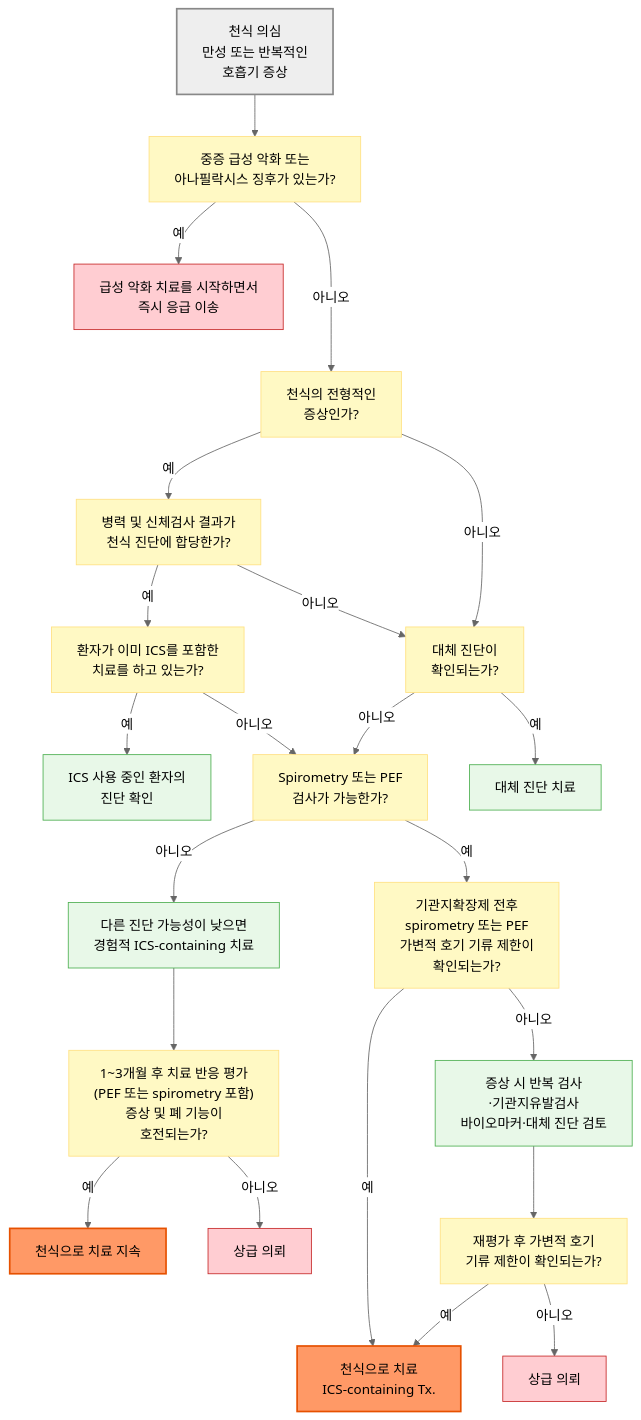
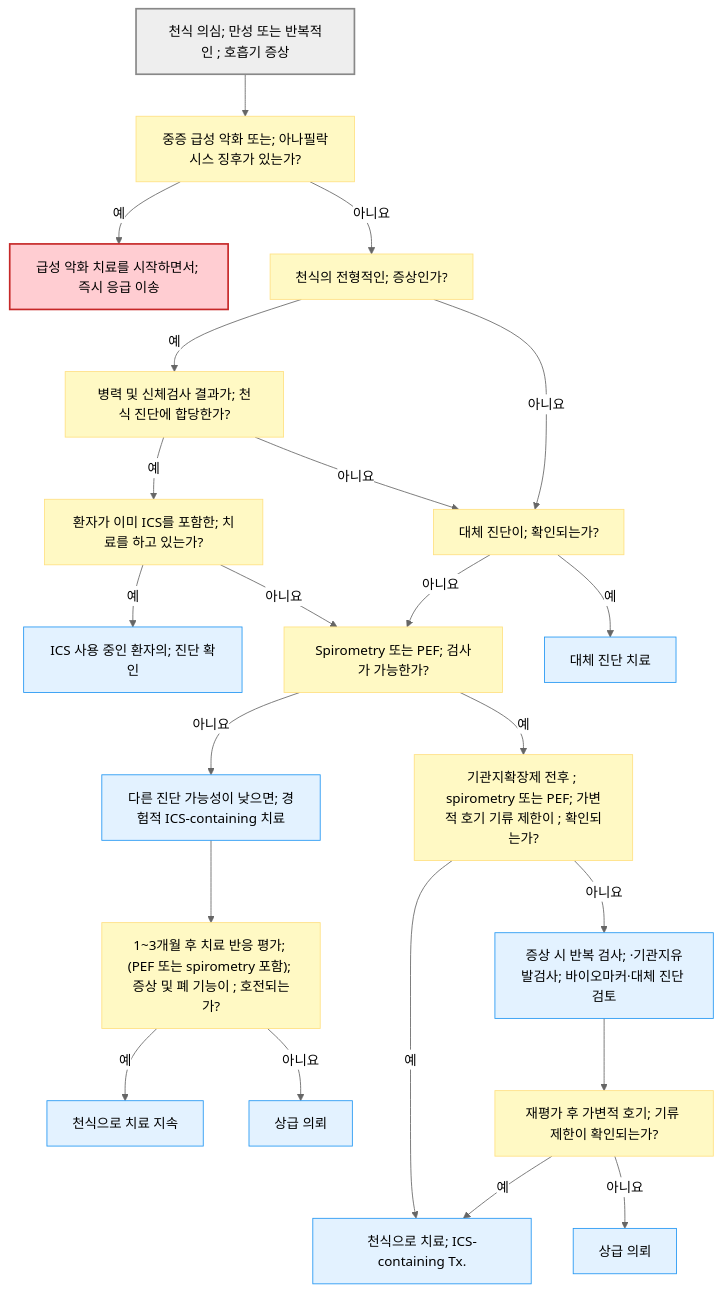
One commit to familyoh77/familyoh77 changed the first of 4 diagrams in 223_/071_-asthma.md. Above: the diagram before and after it, drawn with Mermaid (neutral theme). The commit also changed other lines of this file and 2 other files, not shown here.

````diff
--- a/223_/071_-asthma.md
+++ b/223_/071_-asthma.md
@@ -272,52 +272,51 @@
 ```mermaid
 flowchart TD
-    Start["천식 의심<br/>만성 또는 반복적인 <br/>호흡기 증상"]
-    Q1["천식의 전형적인<br/>증상인가?"]
-    Q2["병력 및 신체검사 결과가<br/>천식 진단에 합당한가?"]
-    Q3["환자가 이미 ICS를 포함한<br/>치료를 하고 있는가?"]
-    Q4["중증 급성 악화 또는<br/>아나필락시스 징후가 있는가?"]
-    Q5["Spirometry 또는 PEF<br/>검사가 가능한가?"]
-    Q6["기관지확장제 전후 <br/>spirometry 또는 PEF<br/>가변적 호기 기류 제한이 <br/>확인되는가?"]
-    Q7["대체 진단이<br/>확인되는가?"]
-    Q8["1~3개월 후 치료 반응 평가<br/>(PEF 또는 spirometry 포함)<br/>증상 및 폐 기능이 <br/>호전되는가?"]
-    Step1["ICS 사용 중인 환자의<br/>진단 확인"]
-    Empirical["다른 진단 가능성이 낮으면<br/>경험적 ICS-containing 치료"]
-    Urgent["급성 악화 치료를 시작하면서<br/>즉시 응급 이송"]
-    Repeat["증상 시 반복 검사<br/>·기관지유발검사<br/>바이오마커·대체 진단 검토"]
-    Q9["재평가 후 가변적 호기<br/>기류 제한이 확인되는가?"]
+    Start["`천식 의심; 만성 또는 반복적인 ; 호흡기 증상`"]
+    Q1["`천식의 전형적인; 증상인가?`"]
+    Q2["`병력 및 신체검사 결과가; 천식 진단에 합당한가?`"]
+    Q3["`환자가 이미 ICS를 포함한; 치료를 하고 있는가?`"]
+    Q4["`중증 급성 악화 또는; 아나필락시스 징후가 있는가?`"]
+    Q5["`Spirometry 또는 PEF; 검사가 가능한가?`"]
+    Q6["`기관지확장제 전후 ; spirometry 또는 PEF; 가변적 호기 기류 제한이 ; 확인되는가?`"]
+    Q7["`대체 진단이; 확인되는가?`"]
+    Q8["`1~3개월 후 치료 반응 평가; (PEF 또는 spirometry 포함); 증상 및 폐 기능이 ; 호전되는가?`"]
+    Step1["`ICS 사용 중인 환자의; 진단 확인`"]
+    Empirical["`다른 진단 가능성이 낮으면; 경험적 ICS-containing 치료`"]
+    Urgent["`급성 악화 치료를 시작하면서; 즉시 응급 이송`"]
+    Repeat["`증상 시 반복 검사; ·기관지유발검사; 바이오마커·대체 진단 검토`"]
+    Q9["`재평가 후 가변적 호기; 기류 제한이 확인되는가?`"]
     ResultAsthma2["천식으로 치료 지속"]
     ResultAlt["대체 진단 치료"]
     Refer["상급 의뢰"]
     Refer2["상급 의뢰"]
-    ResultAsthma3["천식으로 치료<br/>ICS-containing Tx."]
+    ResultAsthma3["`천식으로 치료; ICS-containing Tx.`"]
     Start --> Q4
     Q4 -- "예" --> Urgent
-    Q4 -- "아니오" ---> Q1
+    Q4 -- "아니요" --> Q1
     Q1 -- "예" --> Q2
-    Q1 -- "아니오" --> Q7
+    Q1 -- "아니요" --> Q7
     Q2 -- "예" --> Q3
-    Q2 -- "아니오" --> Q7
-    Q7 -- "아니오" --> Q5
+    Q2 -- "아니요" --> Q7
+    Q7 -- "아니요" --> Q5
     Q7 -- "예" --> ResultAlt
     Q3 -- "예" --> Step1
-    Q3 -- "아니오" --> Q5
-    Q5 -- "아니오" --> Empirical
+    Q3 -- "아니요" --> Q5
+    Q5 -- "아니요" --> Empirical
     Q5 -- "예" --> Q6
     Q6 -- "예" --> ResultAsthma3
-    Q6 -- "아니오" --> Repeat
+    Q6 -- "아니요" --> Repeat
     Repeat --> Q9
     Q9 -- "예" --> ResultAsthma3
-    Q9 -- "아니오" --> Refer
+    Q9 -- "아니요" --> Refer
     Empirical --> Q8
     Q8 -- "예" --> ResultAsthma2
-    Q8 -- "아니오" --> Refer2
-    classDef question fill:#fff9c4,stroke:#ffe082
-    classDef red fill:#ffcdd2,stroke:#c62828,stroke-width:1px
-    classDef green fill:#e8f8e8,stroke:#4caf50
-    class Q1,Q2,Q3,Q4,Q5,Q6,Q7,Q8,Q9 question
-    class Urgent,Refer,Refer2 red
-    class Step1,Repeat,Empirical,ResultAlt green
-    style Start fill:#eeeeee,stroke:#888888,stroke-width:2px
-    style ResultAsthma2 fill:#f96,stroke:#e65100,stroke-width:2px
-    style ResultAsthma3 fill:#f96,stroke:#e65100,stroke-width:2px
+    Q8 -- "아니요" --> Refer2
+    classDef start fill:#eee,stroke:#888,stroke-width:2px
+    classDef decision fill:#fff9c4,stroke:#ffe082
+    classDef emergency fill:#ffcdd2,stroke:#c62828,stroke-width:2px
+    classDef action fill:#e3f2ff,stroke:#2196f3
+    class Start start
+    class Q1,Q2,Q3,Q4,Q5,Q6,Q7,Q8,Q9 decision
+    class Urgent emergency
+    class Step1,Repeat,Empirical,ResultAlt,ResultAsthma2,ResultAsthma3,Refer,Refer2 action
 ```
````
